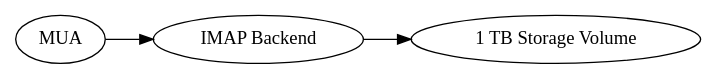
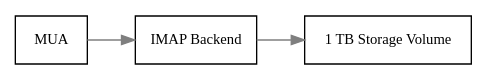
The first of 4 diagrams in source/deployment-guide/index.rst (kolab-groupware/kolab-docs), drawn with Graphviz before and after one commit. The commit also changed other lines of this file, not shown here.

```diff
--- a/source/deployment-guide/index.rst
+++ b/source/deployment-guide/index.rst
@@ -193,6 +212,12 @@
 .. graphviz::
 
     digraph {
-            rankdir=LR;
+            rankdir = LR;
+            splines = true;
+            overlab = prism;
+
+            edge [color=gray50, fontname=Calibri, fontsize=11];
+            node [shape=record, fontname=Calibri, fontsize=11];
+
             "MUA" -> "IMAP Backend" -> "1 TB Storage Volume";
         }
```
